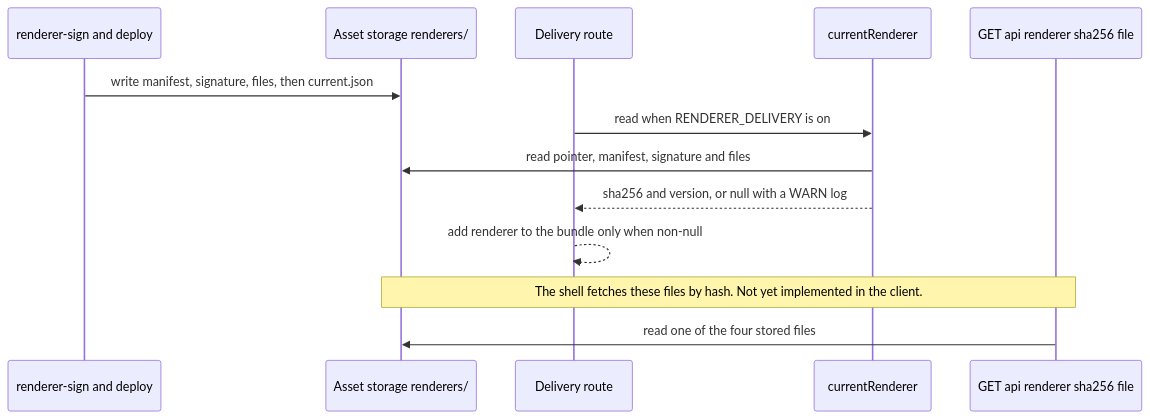
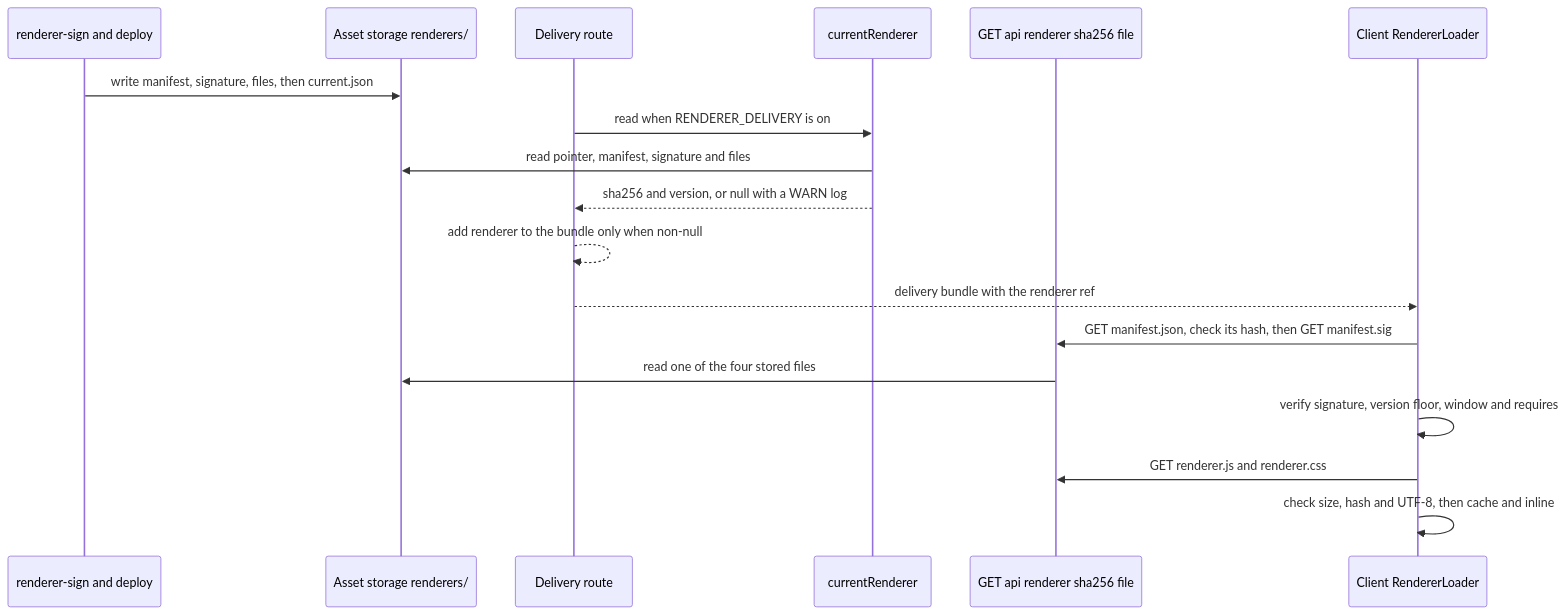
The diagram in openwiki/client/signed-renderer.md (psd401/secure-test), drawn with Mermaid before and after one commit. The commit also changed other lines of this file and 9 other files, not shown here.

````diff
--- a/openwiki/client/signed-renderer.md
+++ b/openwiki/client/signed-renderer.md
@@ -92,15 +107,20 @@
 ```mermaid
 sequenceDiagram
     participant Signer as renderer-sign and deploy
     participant Store as Asset storage renderers/
     participant Bundle as Delivery route
     participant Resolver as currentRenderer
     participant Route as GET api renderer sha256 file
+    participant Shell as Client RendererLoader
     Signer->>Store: write manifest, signature, files, then current.json
     Bundle->>Resolver: read when RENDERER_DELIVERY is on
     Resolver->>Store: read pointer, manifest, signature and files
     Resolver-->>Bundle: sha256 and version, or null with a WARN log
     Bundle-->>Bundle: add renderer to the bundle only when non-null
-    Note over Route,Store: The shell fetches these files by hash. Not yet implemented in the client.
+    Bundle-->>Shell: delivery bundle with the renderer ref
+    Shell->>Route: GET manifest.json, check its hash, then GET manifest.sig
     Route->>Store: read one of the four stored files
+    Shell->>Shell: verify signature, version floor, window and requires
+    Shell->>Route: GET renderer.js and renderer.css
+    Shell->>Shell: check size, hash and UTF-8, then cache and inline
 ```
````
